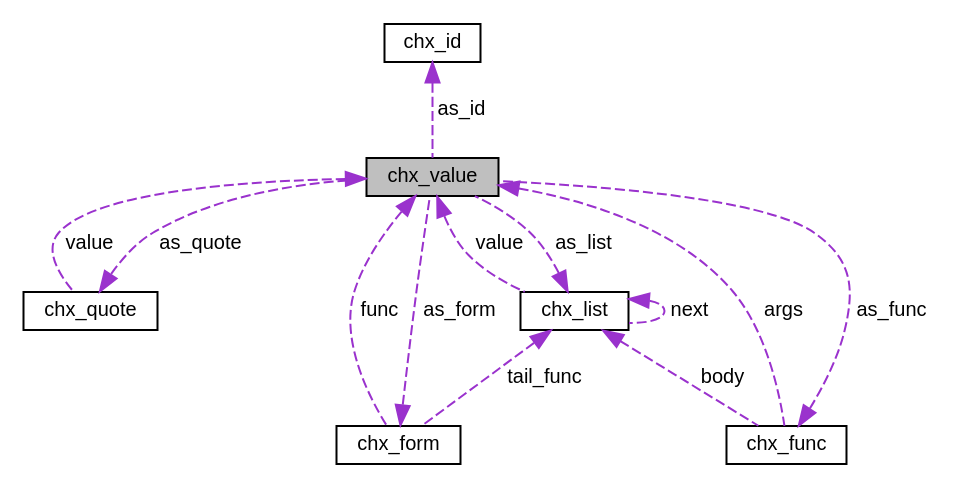
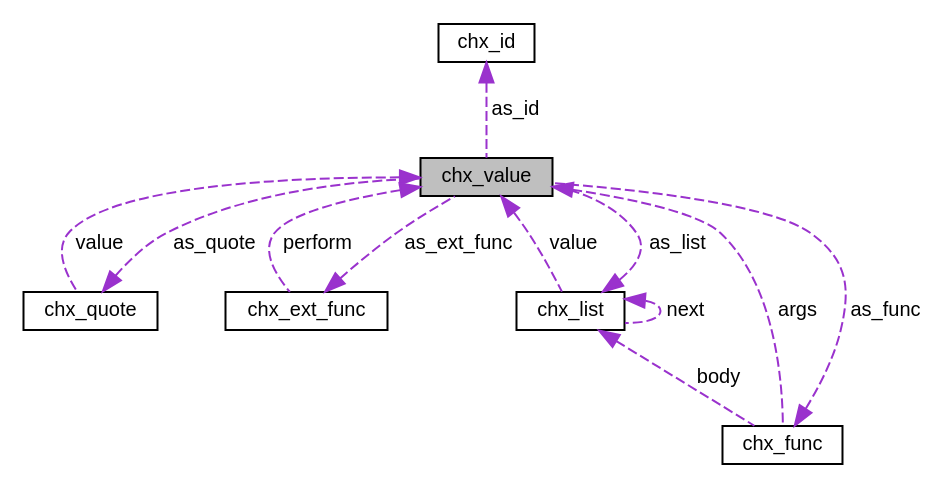
One commit to antonijn/cheax changed the diagram in structchx__value__coll__graph.dot. Above: the diagram before and after it, drawn with Graphviz. The commit also changed 150 other files, not shown here.

```diff
--- a/structchx__value__coll__graph.dot
+++ b/structchx__value__coll__graph.dot
@@ -1,24 +1,23 @@
 digraph "chx_value"
 {
  // LATEX_PDF_SIZE
   edge [fontname="Helvetica",fontsize="10",labelfontname="Helvetica",labelfontsize="10"];
   node [fontname="Helvetica",fontsize="10",shape=record];
   Node1 [label="chx_value",height=0.2,width=0.4,color="black", fillcolor="grey75", style="filled", fontcolor="black",tooltip="Represents a value in the cheax environment."];
   Node2 -> Node1 [dir="back",color="darkorchid3",fontsize="10",style="dashed",label=" as_quote" ,fontname="Helvetica"];
   Node2 [label="chx_quote",height=0.2,width=0.4,color="black", fillcolor="white", style="filled",URL="$structchx__quote.html",tooltip="Quoted value type."];
   Node1 -> Node2 [dir="back",color="darkorchid3",fontsize="10",style="dashed",label=" value" ,fontname="Helvetica"];
-  Node3 -> Node1 [dir="back",color="darkorchid3",fontsize="10",style="dashed",label=" as_form" ,fontname="Helvetica"];
-  Node3 [label="chx_form",height=0.2,width=0.4,color="black", fillcolor="white", style="filled",URL="$structchx__form.html",tooltip="Cheax external/user function expression."];
-  Node4 -> Node3 [dir="back",color="darkorchid3",fontsize="10",style="dashed",label=" tail_func" ,fontname="Helvetica"];
-  Node4 [label="chx_list",height=0.2,width=0.4,color="black", fillcolor="white", style="filled",URL="$structchx__list.html",tooltip="List type."];
-  Node4 -> Node4 [dir="back",color="darkorchid3",fontsize="10",style="dashed",label=" next" ,fontname="Helvetica"];
-  Node1 -> Node4 [dir="back",color="darkorchid3",fontsize="10",style="dashed",label=" value" ,fontname="Helvetica"];
-  Node1 -> Node3 [dir="back",color="darkorchid3",fontsize="10",style="dashed",label=" func" ,fontname="Helvetica"];
-  Node5 -> Node1 [dir="back",color="darkorchid3",fontsize="10",style="dashed",label=" as_id" ,fontname="Helvetica"];
-  Node5 [label="chx_id",height=0.2,width=0.4,color="black", fillcolor="white", style="filled",URL="$structchx__id.html",tooltip="Identifier type."];
-  Node4 -> Node1 [dir="back",color="darkorchid3",fontsize="10",style="dashed",label=" as_list" ,fontname="Helvetica"];
+  Node3 -> Node1 [dir="back",color="darkorchid3",fontsize="10",style="dashed",label=" as_ext_func" ,fontname="Helvetica"];
+  Node3 [label="chx_ext_func",height=0.2,width=0.4,color="black", fillcolor="white", style="filled",URL="$structchx__ext__func.html",tooltip="Cheax external/user function expression."];
+  Node1 -> Node3 [dir="back",color="darkorchid3",fontsize="10",style="dashed",label=" perform" ,fontname="Helvetica"];
+  Node4 -> Node1 [dir="back",color="darkorchid3",fontsize="10",style="dashed",label=" as_id" ,fontname="Helvetica"];
+  Node4 [label="chx_id",height=0.2,width=0.4,color="black", fillcolor="white", style="filled",URL="$structchx__id.html",tooltip="Identifier type."];
+  Node5 -> Node1 [dir="back",color="darkorchid3",fontsize="10",style="dashed",label=" as_list" ,fontname="Helvetica"];
+  Node5 [label="chx_list",height=0.2,width=0.4,color="black", fillcolor="white", style="filled",URL="$structchx__list.html",tooltip="List type."];
+  Node5 -> Node5 [dir="back",color="darkorchid3",fontsize="10",style="dashed",label=" next" ,fontname="Helvetica"];
+  Node1 -> Node5 [dir="back",color="darkorchid3",fontsize="10",style="dashed",label=" value" ,fontname="Helvetica"];
   Node6 -> Node1 [dir="back",color="darkorchid3",fontsize="10",style="dashed",label=" as_func" ,fontname="Helvetica"];
   Node6 [label="chx_func",height=0.2,width=0.4,color="black", fillcolor="white", style="filled",URL="$structchx__func.html",tooltip="Function or macro type."];
-  Node4 -> Node6 [dir="back",color="darkorchid3",fontsize="10",style="dashed",label=" body" ,fontname="Helvetica"];
+  Node5 -> Node6 [dir="back",color="darkorchid3",fontsize="10",style="dashed",label=" body" ,fontname="Helvetica"];
   Node1 -> Node6 [dir="back",color="darkorchid3",fontsize="10",style="dashed",label=" args" ,fontname="Helvetica"];
 }
```
